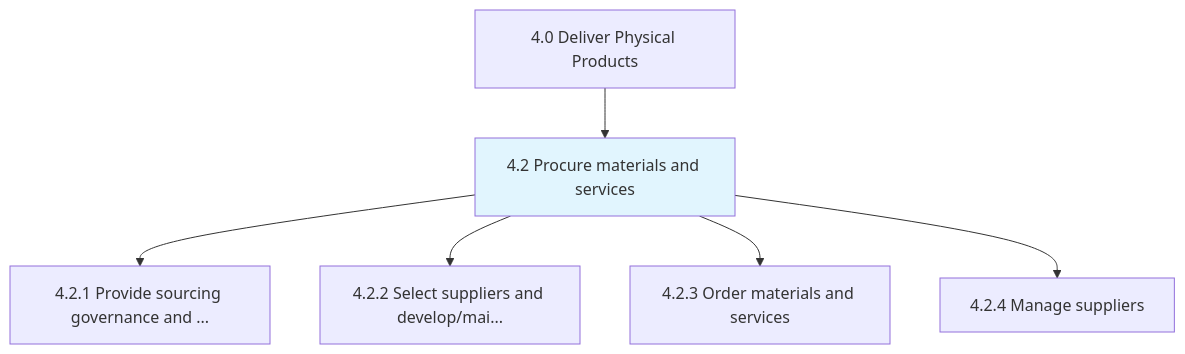
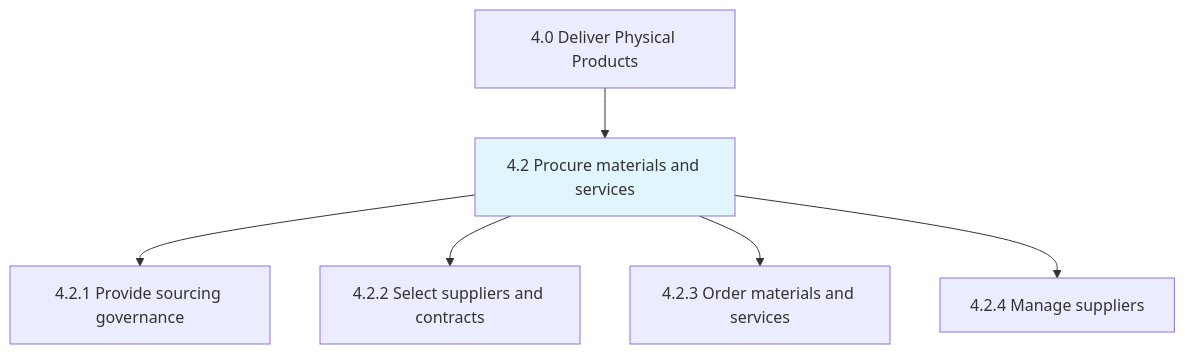
One commit to kziemski/business.org.ai changed the first of 2 diagrams in processes/04-Delivery/4.2-ProcureMaterialsServices/index.mdx. Above: the diagram before and after it, drawn with Mermaid. The commit also changed other lines of this file and 885 other files, not shown here.

````diff
--- a/processes/04-Delivery/4.2-ProcureMaterialsServices/index.mdx
+++ b/processes/04-Delivery/4.2-ProcureMaterialsServices/index.mdx
@@ -25,10 +25,10 @@
 ```mermaid
 graph TD
     C4["4.0 Deliver Physical Products"]
     C4 --> N4_2["4.2 Procure materials and services"]
     style N4_2 fill:#e1f5fe
-    N4_2 --> N4_2_1["4.2.1 Provide sourcing governance and ..."]
-    N4_2 --> N4_2_2["4.2.2 Select suppliers and develop/mai..."]
+    N4_2 --> N4_2_1["4.2.1 Provide sourcing governance"]
+    N4_2 --> N4_2_2["4.2.2 Select suppliers and contracts"]
     N4_2 --> N4_2_3["4.2.3 Order materials and services"]
     N4_2 --> N4_2_4["4.2.4 Manage suppliers"]
 ```
````
